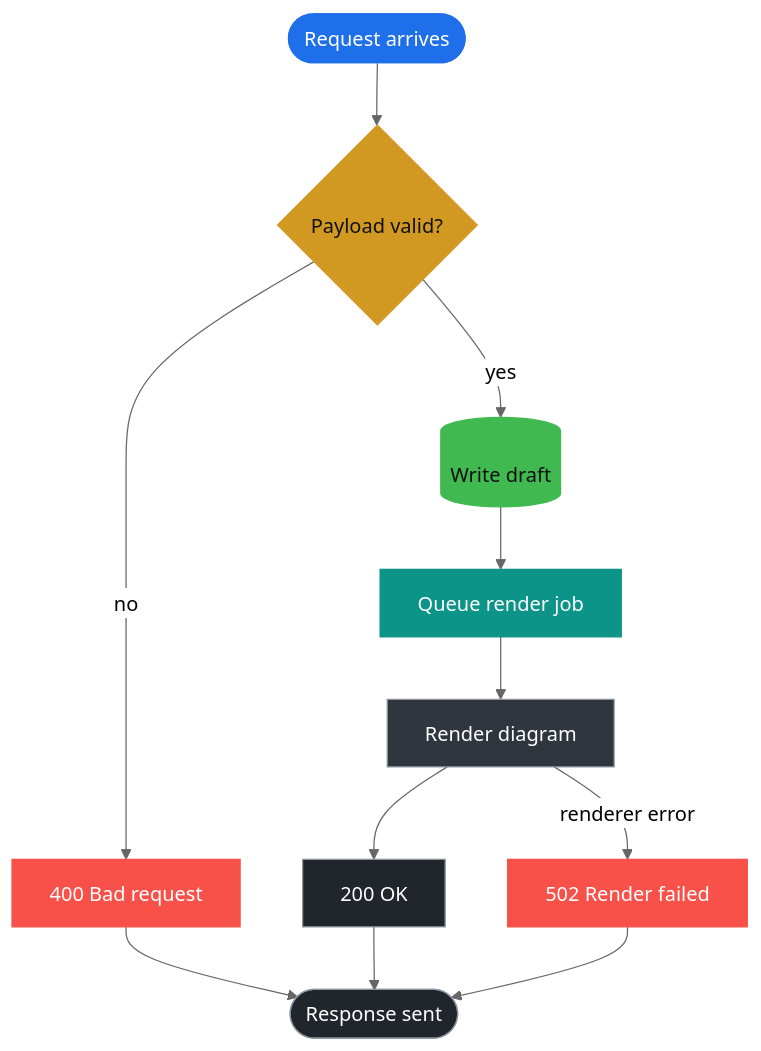
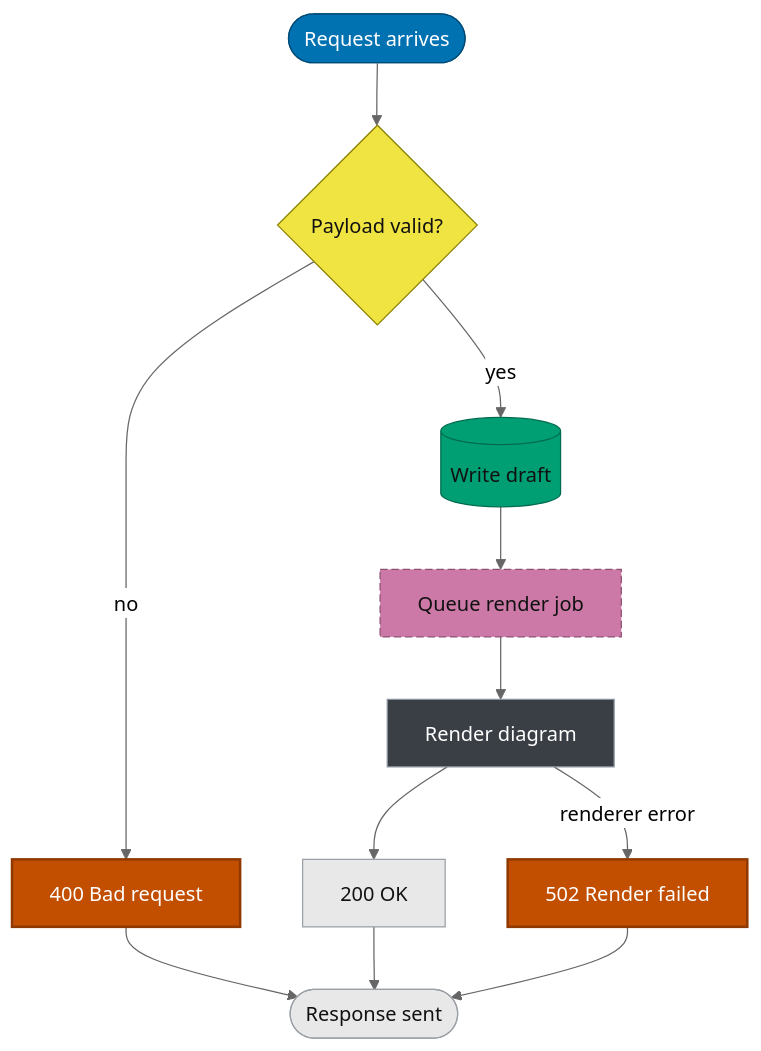
One commit to kaerberus/siren-studio changed the diagram in graphs/01-example-flow.mmd. Above: the diagram before and after it, drawn with Mermaid (neutral theme). The commit also changed 6 other files, not shown here.

```diff
--- a/graphs/01-example-flow.mmd
+++ b/graphs/01-example-flow.mmd
@@ -1,19 +1,20 @@
 flowchart TD
     Start([Request arrives]):::start --> Valid{Payload valid?}:::decision
     Valid -->|no| Reject[400 Bad request]:::error
     Valid -->|yes| Persist[(Write draft)]:::data
     Persist --> Worker[Queue render job]:::async
     Worker --> Render[Render diagram]:::process
     Render --> Ok[200 OK]:::terminal
     Render -->|renderer error| Fail[502 Render failed]:::error
     Reject --> End([Response sent]):::terminal
     Ok --> End
     Fail --> End
 
-    classDef start fill:#1f6feb,stroke:#1f6feb,color:#fff
-    classDef decision fill:#d29922,stroke:#d29922,color:#111
-    classDef error fill:#f85149,stroke:#f85149,color:#fff
-    classDef data fill:#3fb950,stroke:#3fb950,color:#111
-    classDef async fill:#0d9488,stroke:#0d9488,color:#fff
-    classDef process fill:#30363d,stroke:#8b949e,color:#fff
-    classDef terminal fill:#21262d,stroke:#8b949e,color:#fff
+    %% Palette: Okabe–Ito (CVD-safe), differentiated by lightness as well as hue.
+    classDef start fill:#0072b2,stroke:#004c78,color:#ffffff
+    classDef decision fill:#f0e442,stroke:#8a8000,color:#111111
+    classDef error fill:#c24e00,stroke:#8f3900,stroke-width:2px,color:#ffffff
+    classDef data fill:#009e73,stroke:#006b4e,color:#111111
+    classDef async fill:#cc79a7,stroke:#8f4f72,stroke-dasharray:6 3,color:#111111
+    classDef process fill:#3a3f45,stroke:#8b949e,color:#ffffff
+    classDef terminal fill:#e8e8e8,stroke:#9aa0a6,color:#111111
```
